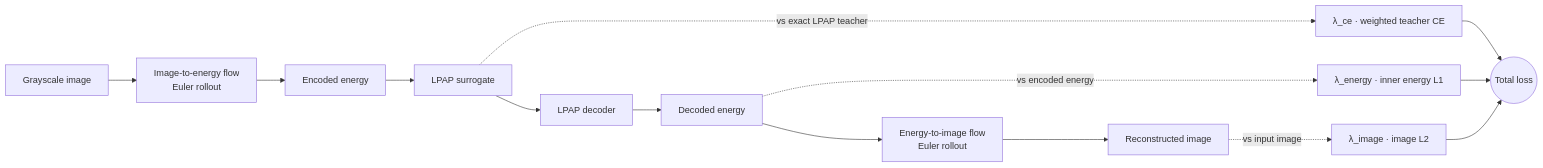
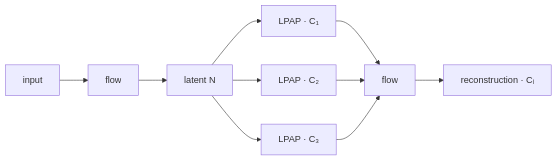
Before and after one commit to matovitch/lpap: the second of 2 diagrams in README.md, drawn with Mermaid. The commit also changed other lines of this file and 6 other files, not shown here.

````diff
--- a/README.md
+++ b/README.md
@@ -29,18 +59,12 @@
 ```mermaid
 flowchart LR
-    img[Grayscale image] --> i2e[Image-to-energy flow<br/>Euler rollout]
-    i2e --> enc[Encoded energy]
-    enc --> sur[LPAP surrogate]
-    sur --> dec[LPAP decoder]
-    dec --> den[Decoded energy]
-    den --> e2i[Energy-to-image flow<br/>Euler rollout]
-    e2i --> rec[Reconstructed image]
-
-    sur -. "vs exact LPAP teacher" .-> ce["λ_ce · weighted teacher CE"]
-    den -. "vs encoded energy" .-> el1["λ_energy · inner energy L1"]
-    rec -. "vs input image" .-> il2["λ_image · image L2"]
-
-    ce --> total((Total loss))
-    el1 --> total
-    il2 --> total
+  x[input] --> fin[flow]
+  fin --> e["latent N"]
+  e --> c1["LPAP · C₁"]
+  e --> c2["LPAP · C₂"]
+  e --> c3["LPAP · C₃"]
+  c1 --> fout[flow]
+  c2 --> fout
+  c3 --> fout
+  fout --> xh["reconstruction · Cᵢ"]
 ```
````
